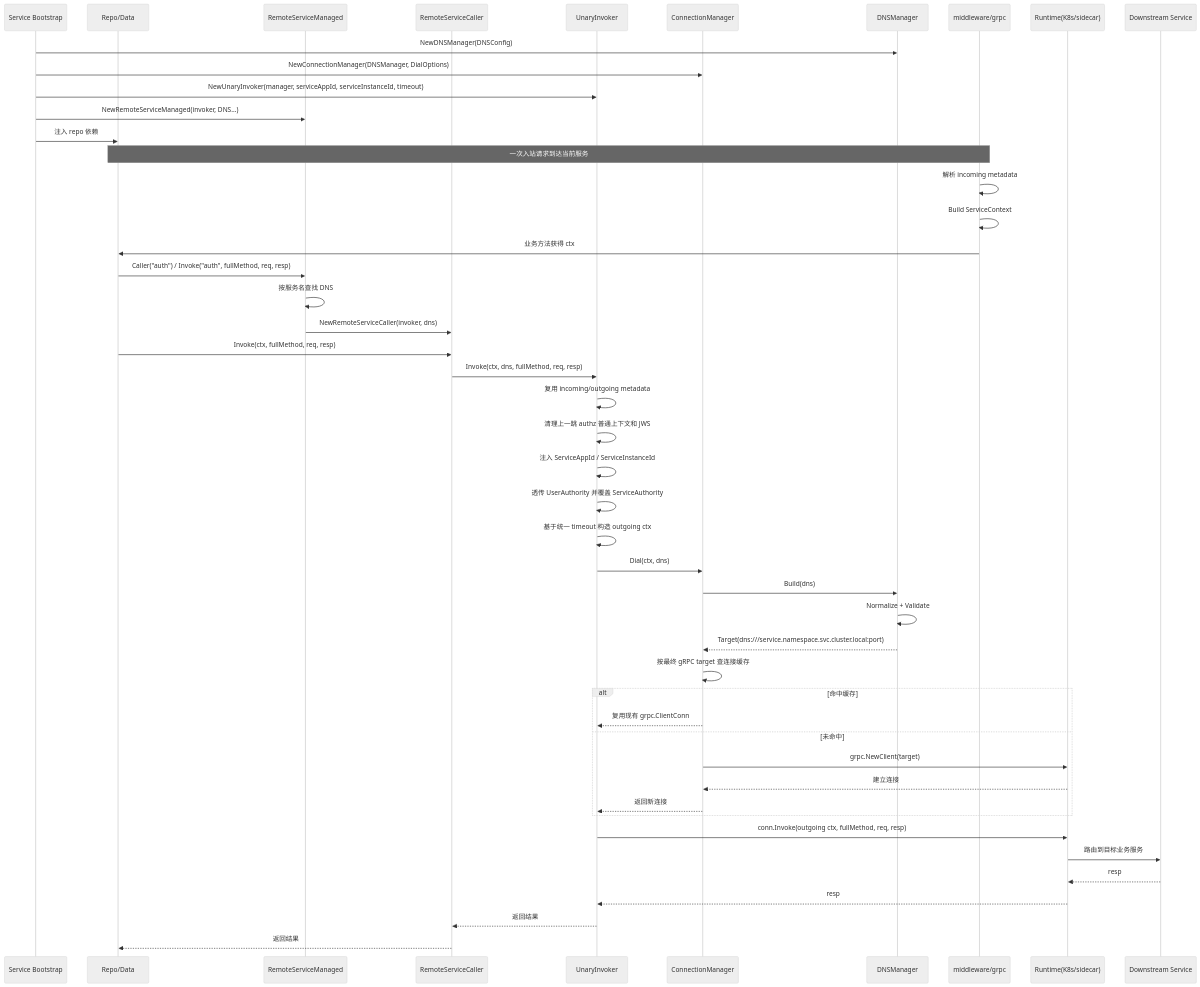
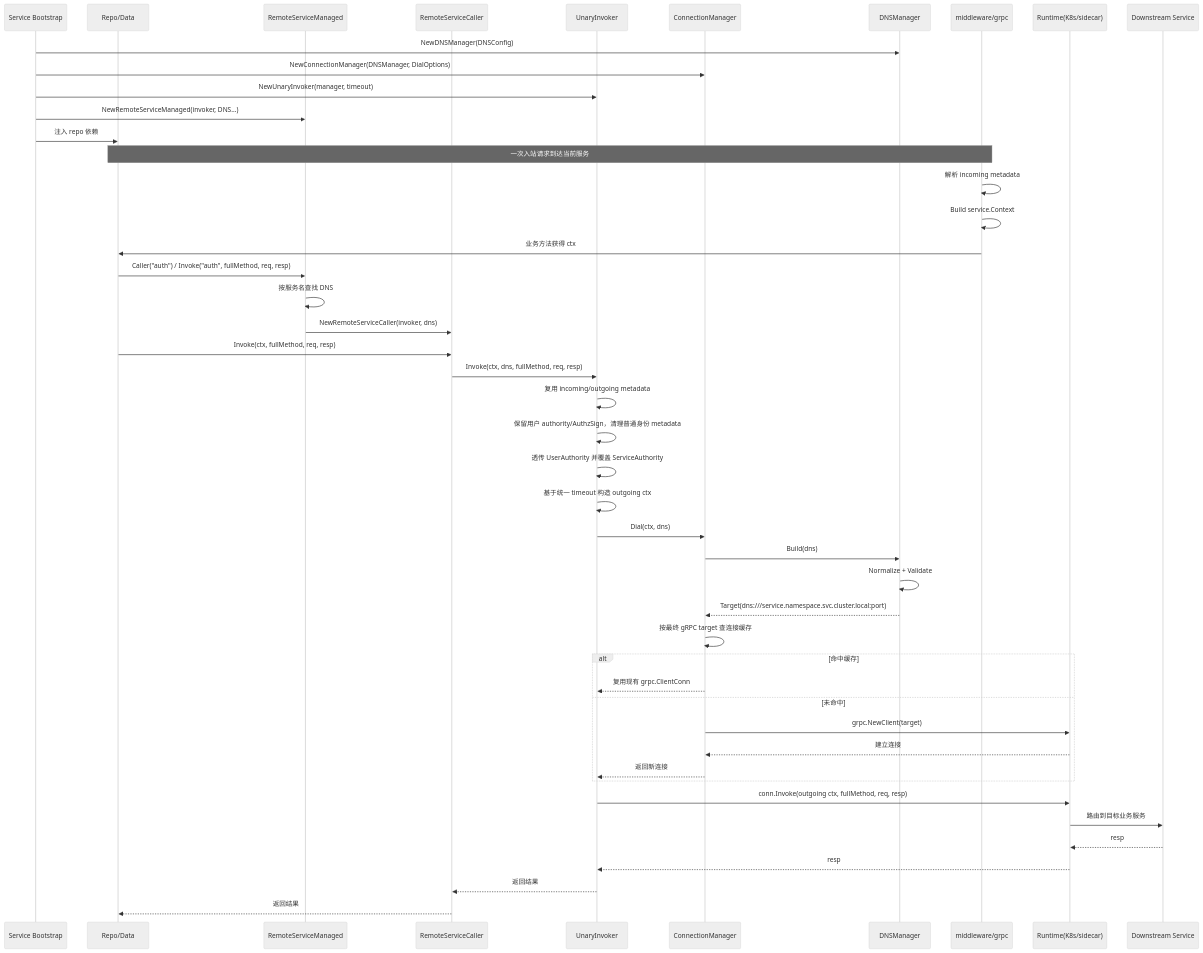
Before and after one commit to fireflycore/go-micro: the diagram in invocation/docs/ARCHITECTURE.md, drawn with Mermaid (neutral theme). The commit also changed other lines of this file and 8 other files, not shown here.

````diff
--- a/invocation/docs/ARCHITECTURE.md
+++ b/invocation/docs/ARCHITECTURE.md
@@ -155,55 +155,54 @@
 ```mermaid
 sequenceDiagram
     participant Boot as Service Bootstrap
     participant Repo as Repo/Data
     participant RSM as RemoteServiceManaged
     participant RSC as RemoteServiceCaller
     participant UI as UnaryInvoker
     participant CM as ConnectionManager
     participant DM as DNSManager
     participant MG as middleware/grpc
     participant RT as Runtime(K8s/sidecar)
     participant Down as Downstream Service
 
     Boot->>DM: NewDNSManager(DNSConfig)
     Boot->>CM: NewConnectionManager(DNSManager, DialOptions)
-    Boot->>UI: NewUnaryInvoker(manager, serviceAppId, serviceInstanceId, timeout)
+    Boot->>UI: NewUnaryInvoker(manager, timeout)
     Boot->>RSM: NewRemoteServiceManaged(invoker, DNS...)
     Boot->>Repo: 注入 repo 依赖
 
     Note over MG,Repo: 一次入站请求到达当前服务
     MG->>MG: 解析 incoming metadata
-    MG->>MG: Build ServiceContext
+    MG->>MG: Build service.Context
     MG->>Repo: 业务方法获得 ctx
 
     Repo->>RSM: Caller("auth") / Invoke("auth", fullMethod, req, resp)
     RSM->>RSM: 按服务名查找 DNS
     RSM->>RSC: NewRemoteServiceCaller(invoker, dns)
     Repo->>RSC: Invoke(ctx, fullMethod, req, resp)
 
     RSC->>UI: Invoke(ctx, dns, fullMethod, req, resp)
     UI->>UI: 复用 incoming/outgoing metadata
-    UI->>UI: 清理上一跳 authz 普通上下文和 JWS
-    UI->>UI: 注入 ServiceAppId / ServiceInstanceId
+    UI->>UI: 保留用户 authority/AuthzSign，清理普通身份 metadata
     UI->>UI: 透传 UserAuthority 并覆盖 ServiceAuthority
     UI->>UI: 基于统一 timeout 构造 outgoing ctx
     UI->>CM: Dial(ctx, dns)
     CM->>DM: Build(dns)
     DM->>DM: Normalize + Validate
     DM-->>CM: Target(dns:///service.namespace.svc.cluster.local:port)
     CM->>CM: 按最终 gRPC target 查连接缓存
     alt 命中缓存
         CM-->>UI: 复用现有 grpc.ClientConn
     else 未命中
         CM->>RT: grpc.NewClient(target)
         RT-->>CM: 建立连接
         CM-->>UI: 返回新连接
     end
 
     UI->>RT: conn.Invoke(outgoing ctx, fullMethod, req, resp)
     RT->>Down: 路由到目标业务服务
     Down-->>RT: resp
     RT-->>UI: resp
     UI-->>RSC: 返回结果
     RSC-->>Repo: 返回结果
 ```
````
